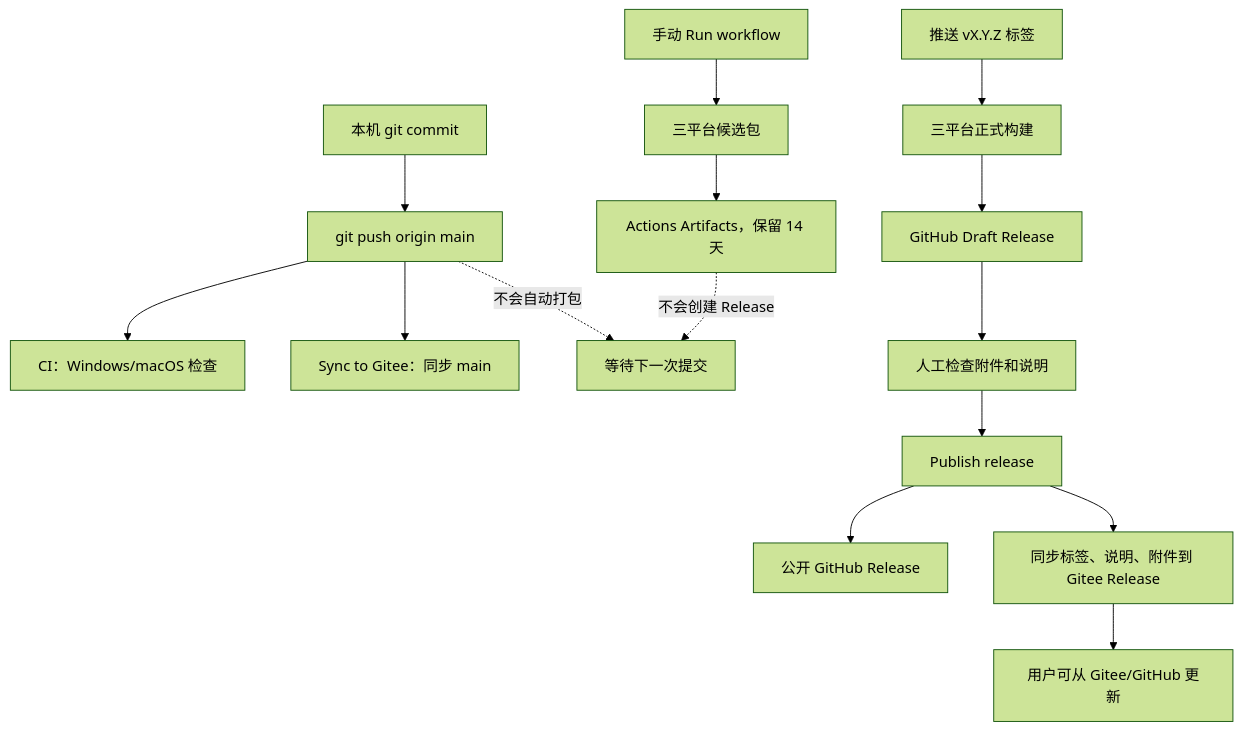
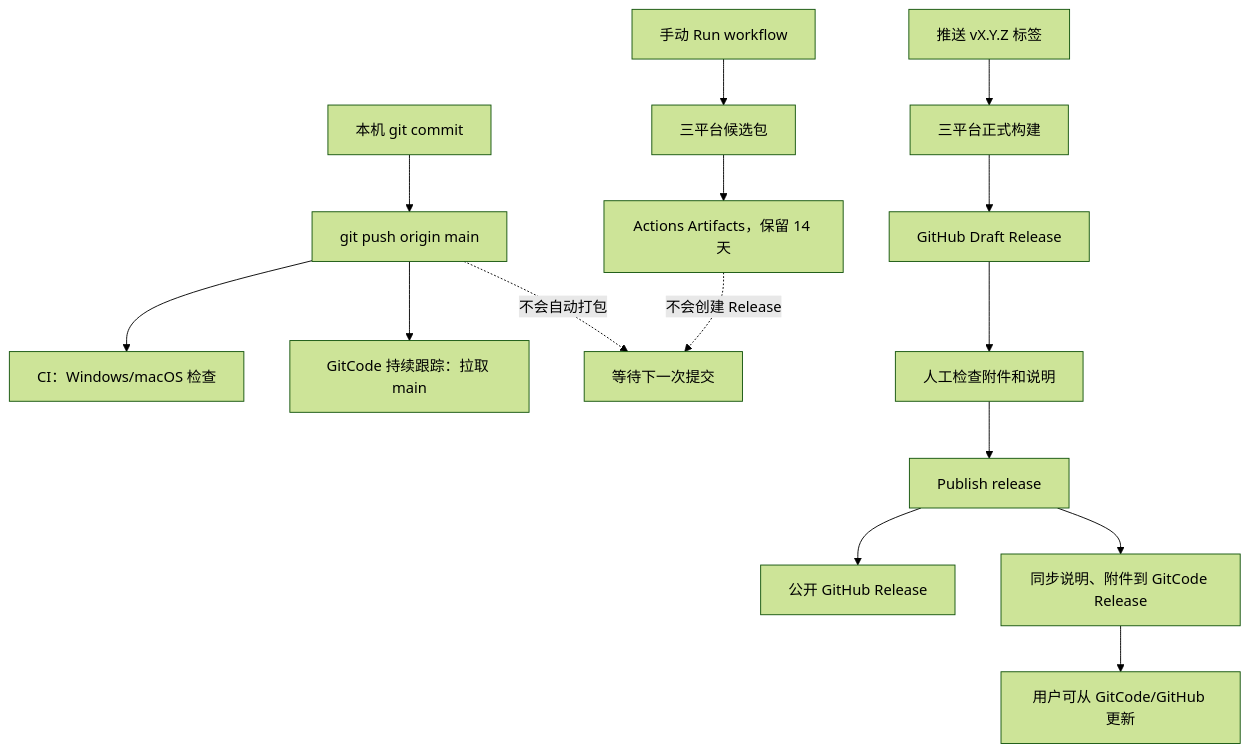
One commit to feimingabandon/abandon_note2 changed the diagram in docs/发布构建与应用更新流程.md. Above: the diagram before and after it, drawn with Mermaid (forest theme). The commit also changed other lines of this file and 13 other files, not shown here.

Commit message:
release: migrate mirrors to GitCode

````diff
--- a/docs/发布构建与应用更新流程.md
+++ b/docs/发布构建与应用更新流程.md
@@ -37,19 +37,19 @@
 ```mermaid
 flowchart TD
   A["本机 git commit"] --> B["git push origin main"]
   B --> C["CI：Windows/macOS 检查"]
-  B --> D["Sync to Gitee：同步 main"]
+  B --> D["GitCode 持续跟踪：拉取 main"]
   B -. "不会自动打包" .-> E["等待下一次提交"]
 
   F["手动 Run workflow"] --> G["三平台候选包"]
   G --> H["Actions Artifacts，保留 14 天"]
   H -. "不会创建 Release" .-> E
 
   I["推送 vX.Y.Z 标签"] --> J["三平台正式构建"]
   J --> K["GitHub Draft Release"]
   K --> L["人工检查附件和说明"]
   L --> M["Publish release"]
   M --> N["公开 GitHub Release"]
-  M --> O["同步标签、说明、附件到 Gitee Release"]
-  O --> P["用户可从 Gitee/GitHub 更新"]
+  M --> O["同步说明、附件到 GitCode Release"]
+  O --> P["用户可从 GitCode/GitHub 更新"]
 ```
````
